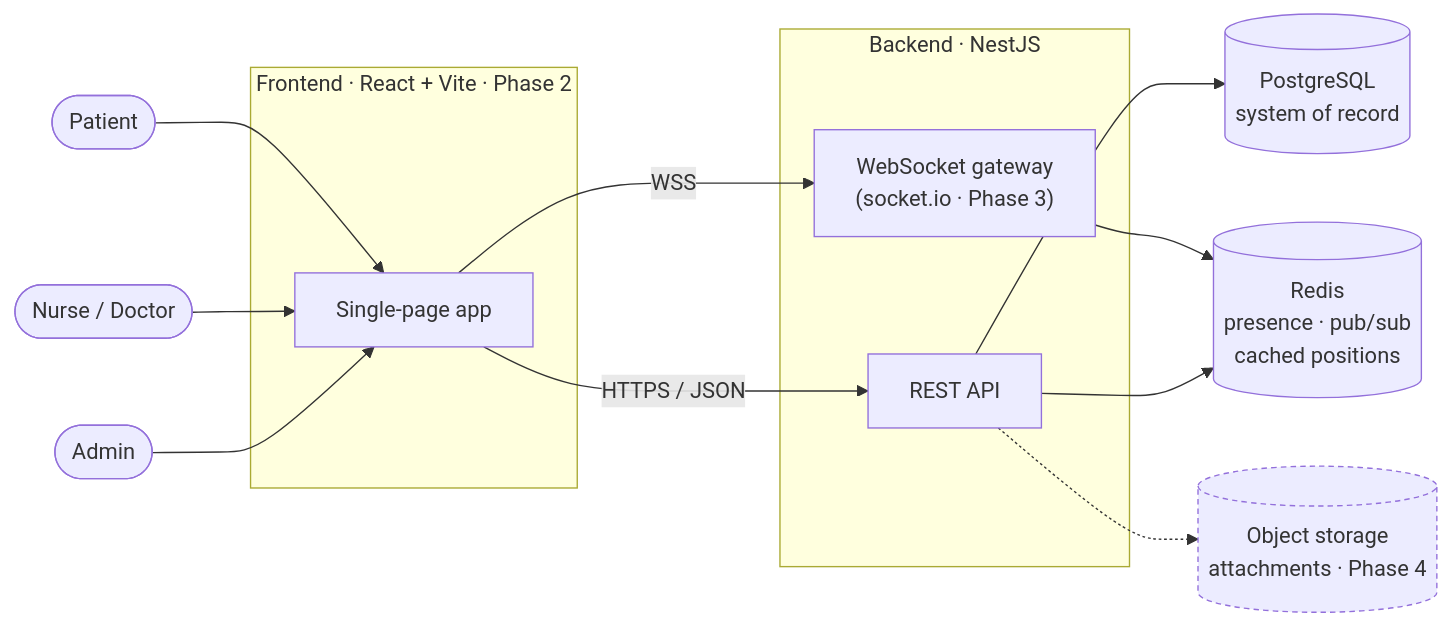
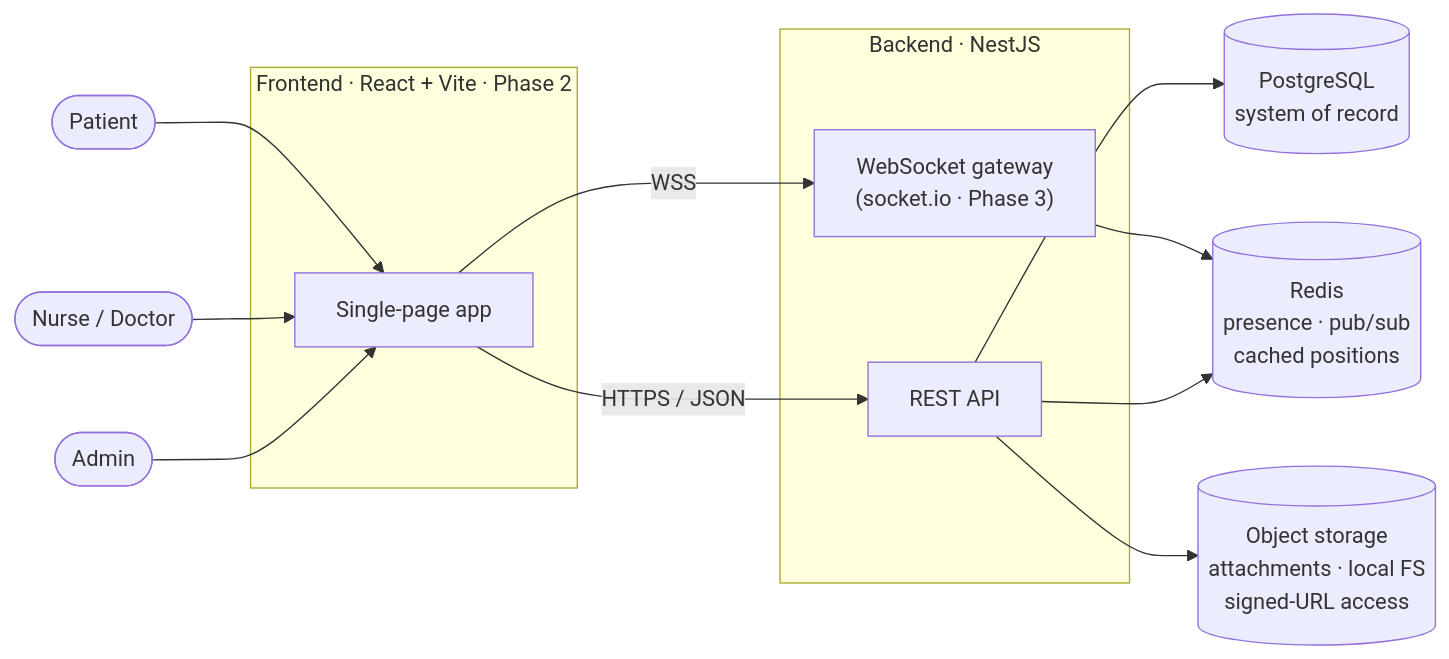
The first of 13 diagrams in docs/architecture.md (akritiupreti/virtual-consultation-platform), drawn with Mermaid before and after one commit. The commit also changed other lines of this file and 54 other files, not shown here.

````diff
--- a/docs/architecture.md
+++ b/docs/architecture.md
@@ -16,32 +17,29 @@
 ```mermaid
 flowchart LR
     patient([Patient])
     clinician([Nurse / Doctor])
     admin([Admin])
 
     subgraph client [Frontend · React + Vite · Phase 2]
         spa[Single-page app]
     end
 
     subgraph server [Backend · NestJS]
         api[REST API]
         ws["WebSocket gateway<br/>(socket.io · Phase 3)"]
     end
 
     db[(PostgreSQL<br/>system of record)]
     redis[("Redis<br/>presence · pub/sub<br/>cached positions")]
-    obj[("Object storage<br/>attachments · Phase 4")]
+    obj[("Object storage<br/>attachments · local FS<br/>signed-URL access")]
 
     patient --> spa
     clinician --> spa
     admin --> spa
     spa -->|HTTPS / JSON| api
     spa -->|WSS| ws
     api --> db
     ws --> redis
     api --> redis
-    api -.-> obj
-
-    classDef later stroke-dasharray: 4 3;
-    class obj later
+    api --> obj
 ```
````
